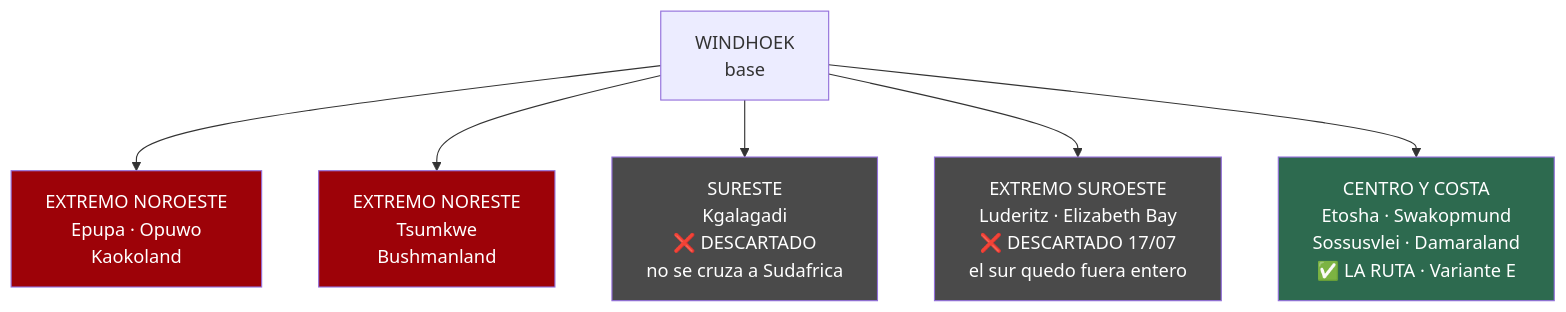
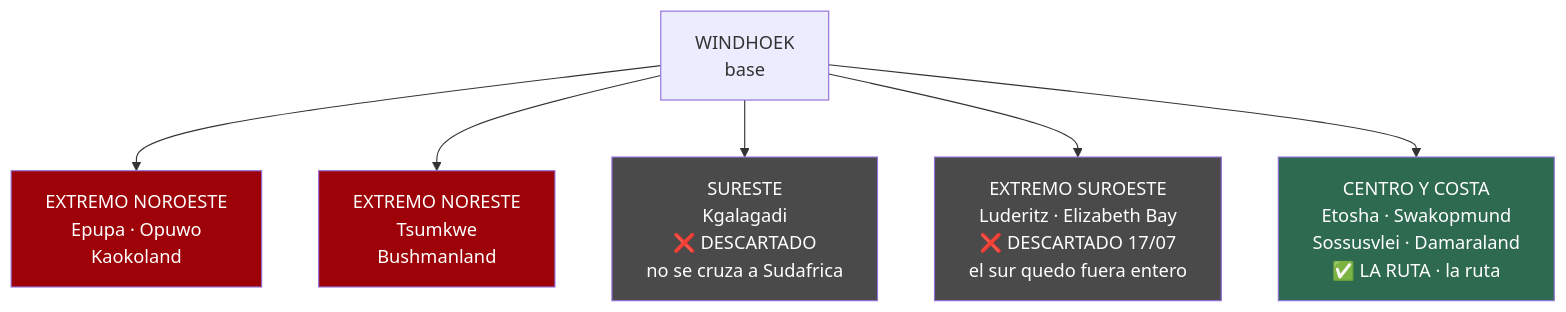
One commit to morandeirachema/namibia changed the first of 5 diagrams in 11-lista-google-maps.md. Above: the diagram before and after it, drawn with Mermaid. The commit also changed other lines of this file and 15 other files, not shown here.

````diff
--- a/11-lista-google-maps.md
+++ b/11-lista-google-maps.md
@@ -22,14 +22,14 @@
 ```mermaid
 flowchart TD
     W["WINDHOEK<br/>base"]
     W --> NW["EXTREMO NOROESTE<br/>Epupa · Opuwo<br/>Kaokoland"]
     W --> NE["EXTREMO NORESTE<br/>Tsumkwe<br/>Bushmanland"]
     W --> SE["SURESTE<br/>Kgalagadi<br/>❌ DESCARTADO<br/>no se cruza a Sudafrica"]
     W --> SW["EXTREMO SUROESTE<br/>Luderitz · Elizabeth Bay<br/>❌ DESCARTADO 17/07<br/>el sur quedo fuera entero"]
-    W --> C["CENTRO Y COSTA<br/>Etosha · Swakopmund<br/>Sossusvlei · Damaraland<br/>✅ LA RUTA · Variante E"]
+    W --> C["CENTRO Y COSTA<br/>Etosha · Swakopmund<br/>Sossusvlei · Damaraland<br/>✅ LA RUTA · la ruta"]
     style NW fill:#9d0208,color:#fff
     style NE fill:#9d0208,color:#fff
     style SE fill:#4a4a4a,color:#fff
     style SW fill:#4a4a4a,color:#fff
     style C fill:#2d6a4f,color:#fff
 ```
````
